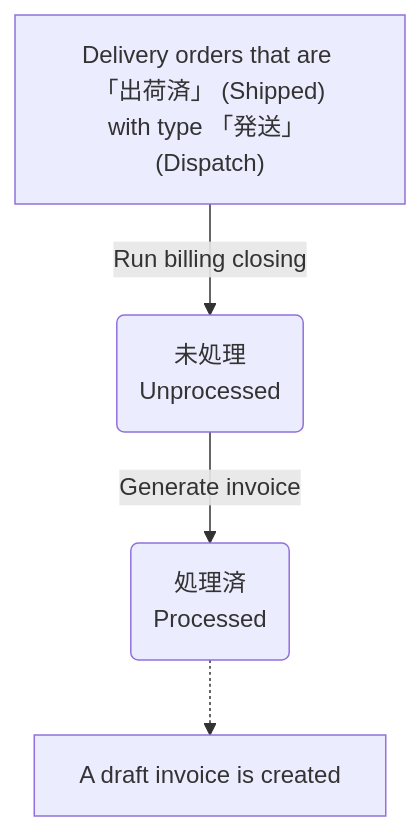
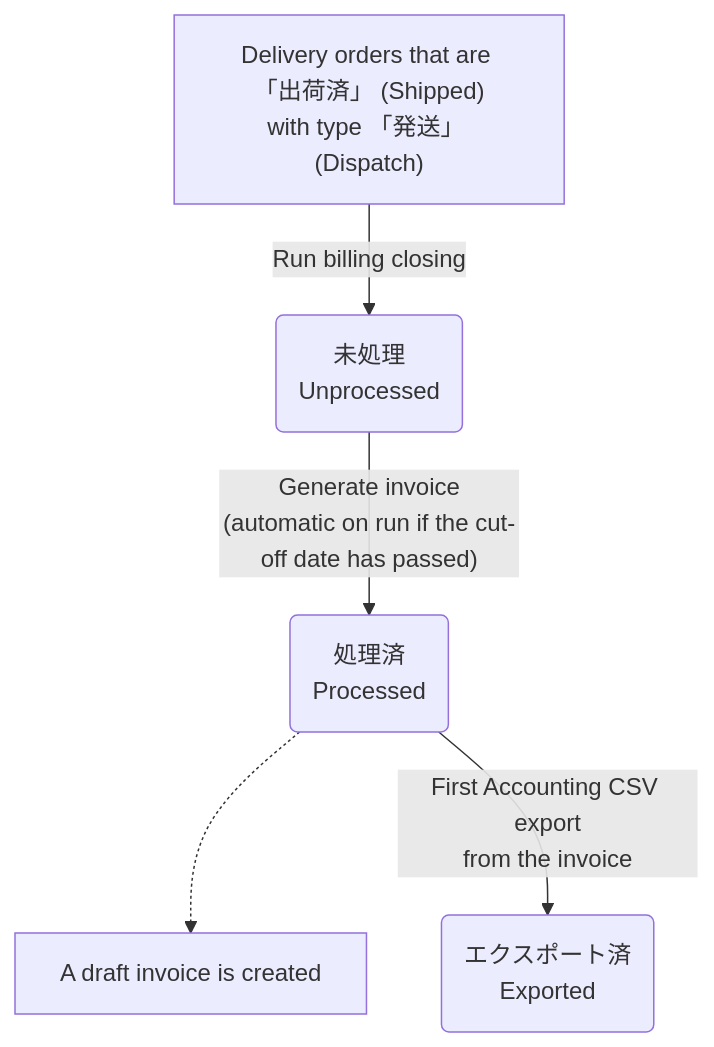
One commit to Kuisin/ckk-tool-v3 changed the diagram in coolify/apps/nextjs-web/content/manual/operations/billing/billing-closing/user.en.md. Above: the diagram before and after it, drawn with Mermaid. The commit also changed other lines of this file and 137 other files, not shown here.

````diff
--- a/coolify/apps/nextjs-web/content/manual/operations/billing/billing-closing/user.en.md
+++ b/coolify/apps/nextjs-web/content/manual/operations/billing/billing-closing/user.en.md
@@ -22,6 +23,7 @@
 ```mermaid
 flowchart TD
   ship["Delivery orders that are 「出荷済」 (Shipped)<br/>with type 「発送」 (Dispatch)"] -->|"Run billing closing"| pend("未処理<br/>Unprocessed"):::gray
-  pend -->|"Generate invoice"| proc("処理済<br/>Processed"):::blue
+  pend -->|"Generate invoice<br/>(automatic on run if the cut-off date has passed)"| proc("処理済<br/>Processed"):::blue
   proc -.-> inv["A draft invoice is created"]
+  proc -->|"First Accounting CSV export<br/>from the invoice"| exp("エクスポート済<br/>Exported"):::green
 ```
````
